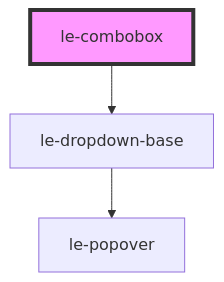
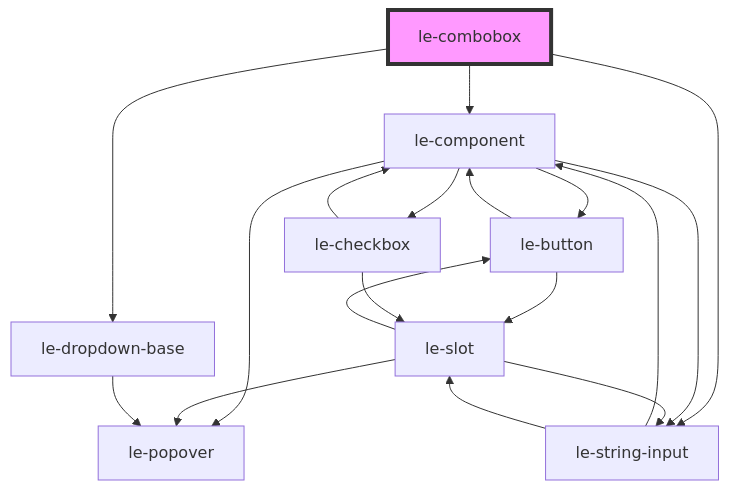
Before and after one commit to leechy/le-kit: the diagram in src/components/le-combobox/readme.md, drawn with Mermaid. The commit also changed other lines of this file and 21 other files, not shown here.

````diff
--- a/src/components/le-combobox/readme.md
+++ b/src/components/le-combobox/readme.md
@@ -82,6 +85,21 @@
 ```mermaid
 graph TD;
+  le-combobox --> le-component
   le-combobox --> le-dropdown-base
+  le-combobox --> le-string-input
+  le-component --> le-button
+  le-component --> le-checkbox
+  le-component --> le-string-input
+  le-component --> le-popover
+  le-button --> le-component
+  le-button --> le-slot
+  le-slot --> le-popover
+  le-slot --> le-button
+  le-slot --> le-string-input
+  le-string-input --> le-component
+  le-string-input --> le-slot
+  le-checkbox --> le-component
+  le-checkbox --> le-slot
   le-dropdown-base --> le-popover
   style le-combobox fill:#f9f,stroke:#333,stroke-width:4px
 ```
````
